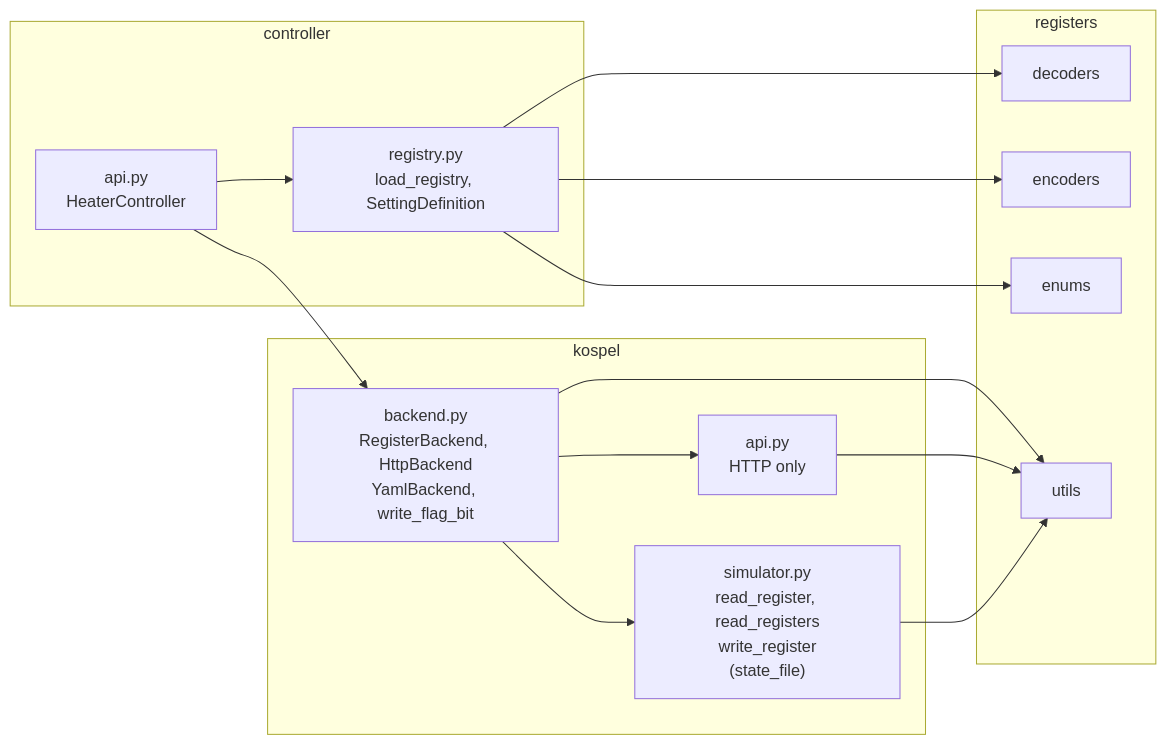
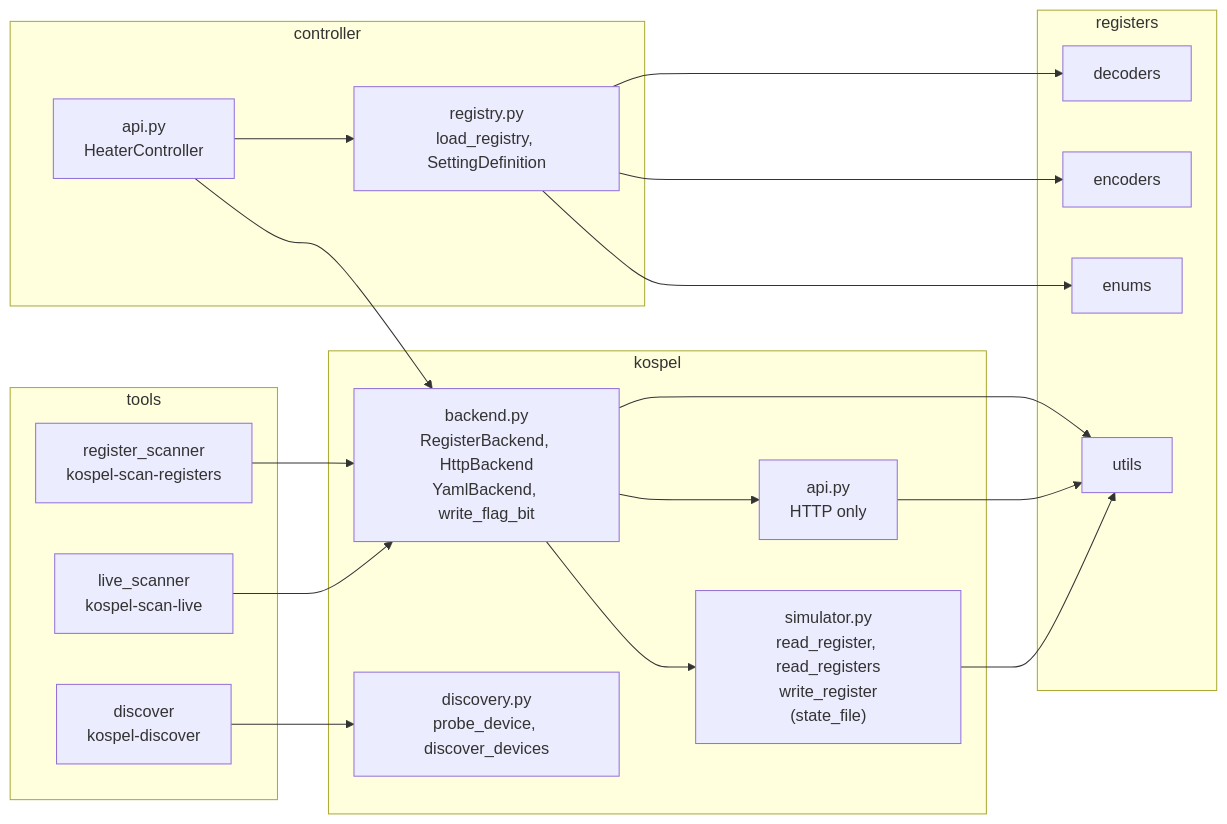
The second of 2 diagrams in docs/architecture.md (JanKrl/kospel-cmi-lib), drawn with Mermaid before and after one commit. The commit also changed other lines of this file and 5 other files, not shown here.

````diff
--- a/docs/architecture.md
+++ b/docs/architecture.md
@@ -74,28 +80,37 @@
 ```mermaid
 flowchart LR
     subgraph L1["controller"]
         api["api.py\nHeaterController"]
         registry["registry.py\nload_registry, SettingDefinition"]
     end
     subgraph L2["kospel"]
         backend["backend.py\nRegisterBackend, HttpBackend\nYamlBackend, write_flag_bit"]
         kapi["api.py\nHTTP only"]
-        state["simulator.py\nread_register, read_registers\nwrite_register\n(state_file)"]
+        simulator["simulator.py\nread_register, read_registers\nwrite_register\n(state_file)"]
+        discovery["discovery.py\nprobe_device, discover_devices"]
     end
     subgraph L3["registers"]
         dec["decoders"]
         enc["encoders"]
         enums["enums"]
         utils["utils"]
     end
+    subgraph L4["tools"]
+        discoverCli["discover\nkospel-discover"]
+        regScanner["register_scanner\nkospel-scan-registers"]
+        liveScanner["live_scanner\nkospel-scan-live"]
+    end
     api --> backend
     api --> registry
     registry --> dec
     registry --> enc
     registry --> enums
     backend --> kapi
-    backend --> state
+    backend --> simulator
     backend --> utils
     kapi --> utils
-    state --> utils
+    simulator --> utils
+    discoverCli --> discovery
+    regScanner --> backend
+    liveScanner --> backend
 ```
````
